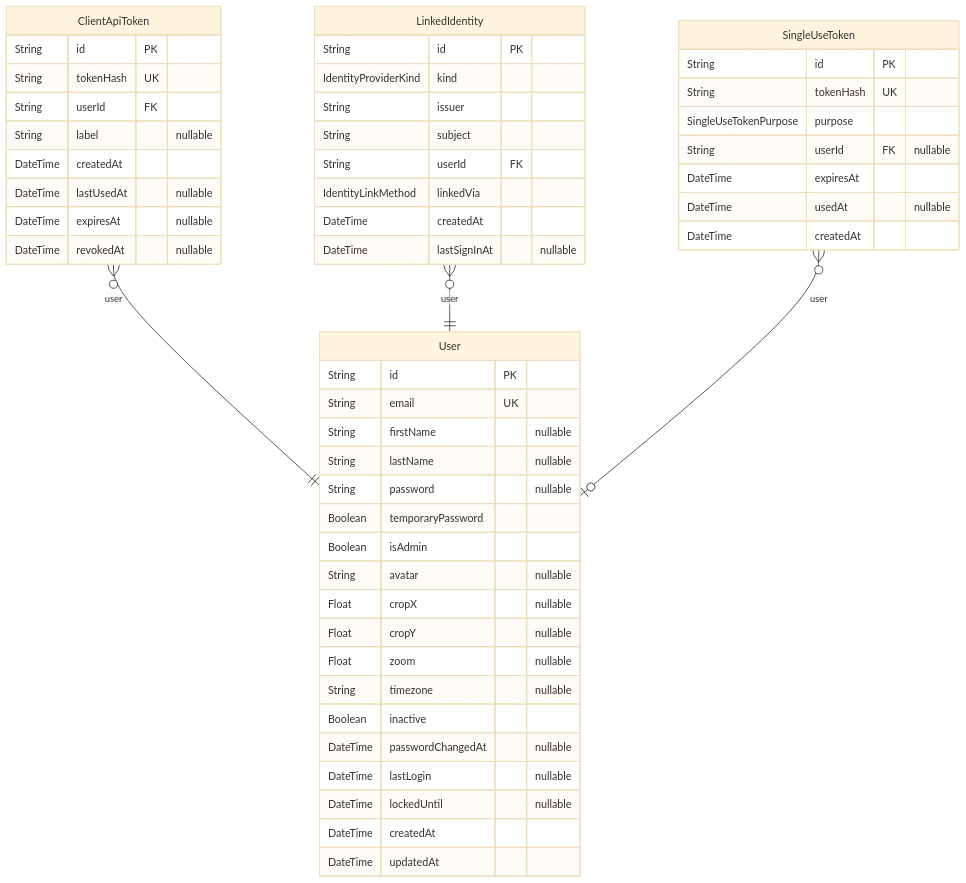
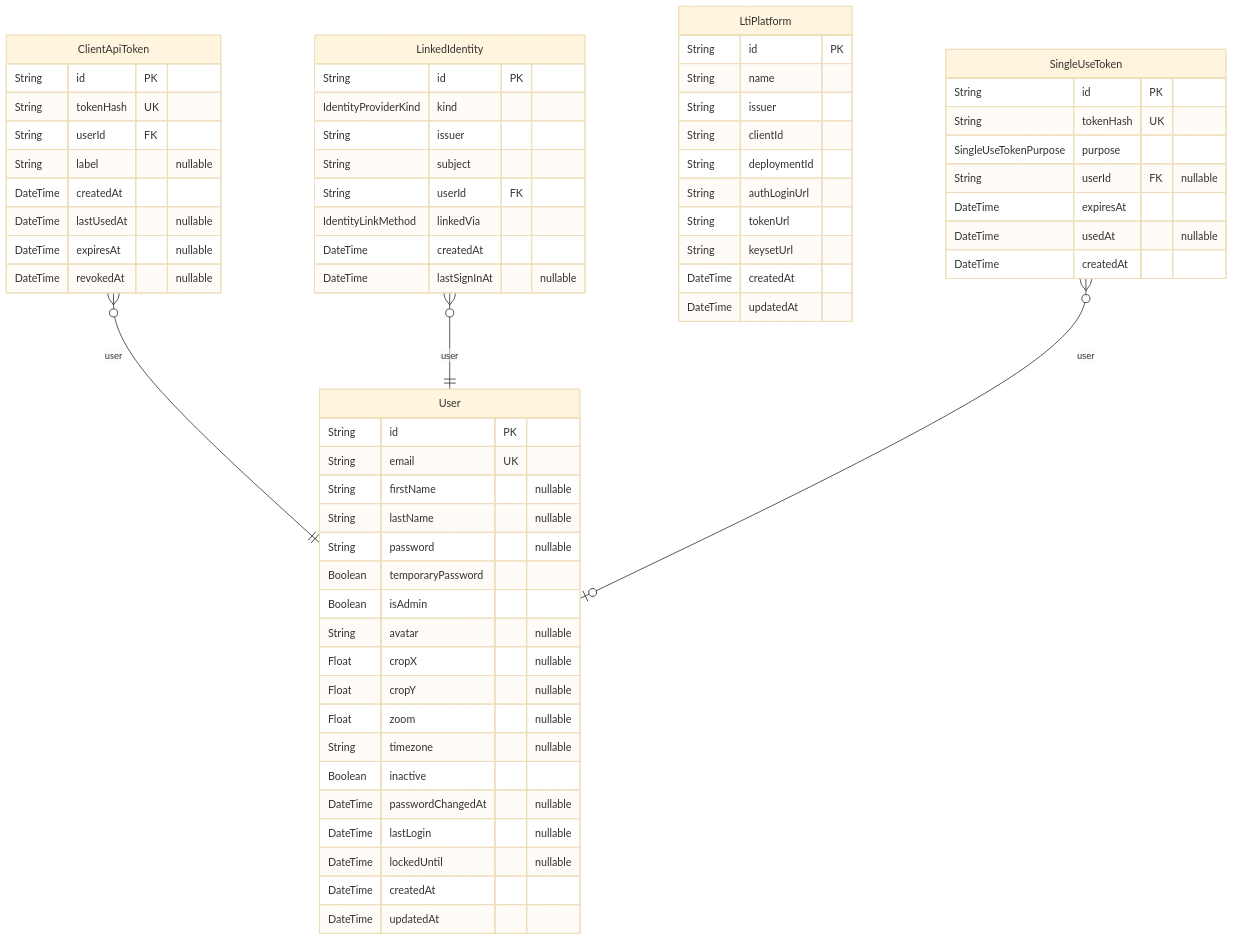
One commit to PennStateCS/AFCT changed the first of 5 diagrams in docs-site/docs/reference/database-schema.md. Above: the diagram before and after it, drawn with Mermaid (base theme). The commit also changed other lines of this file and 6 other files, not shown here.

First line of the commit message:
validate an LTI launch against the registered platform

````diff
--- a/docs-site/docs/reference/database-schema.md
+++ b/docs-site/docs/reference/database-schema.md
@@ -13,55 +13,67 @@
 ```mermaid
 erDiagram
 "User" {
   String id PK
   String email UK
   String firstName "nullable"
   String lastName "nullable"
   String password "nullable"
   Boolean temporaryPassword
   Boolean isAdmin
   String avatar "nullable"
   Float cropX "nullable"
   Float cropY "nullable"
   Float zoom "nullable"
   String timezone "nullable"
   Boolean inactive
   DateTime passwordChangedAt "nullable"
   DateTime lastLogin "nullable"
   DateTime lockedUntil "nullable"
   DateTime createdAt
   DateTime updatedAt
 }
 "ClientApiToken" {
   String id PK
   String tokenHash UK
   String userId FK
   String label "nullable"
   DateTime createdAt
   DateTime lastUsedAt "nullable"
   DateTime expiresAt "nullable"
   DateTime revokedAt "nullable"
 }
 "LinkedIdentity" {
   String id PK
   IdentityProviderKind kind
   String issuer
   String subject
   String userId FK
   IdentityLinkMethod linkedVia
   DateTime createdAt
   DateTime lastSignInAt "nullable"
 }
+"LtiPlatform" {
+  String id PK
+  String name
+  String issuer
+  String clientId
+  String deploymentId
+  String authLoginUrl
+  String tokenUrl
+  String keysetUrl
+  DateTime createdAt
+  DateTime updatedAt
+}
 "SingleUseToken" {
   String id PK
   String tokenHash UK
   SingleUseTokenPurpose purpose
   String userId FK "nullable"
   DateTime expiresAt
   DateTime usedAt "nullable"
   DateTime createdAt
 }
 "ClientApiToken" }o--|| "User" : user
 "LinkedIdentity" }o--|| "User" : user
 "SingleUseToken" }o--o| "User" : user
 ```
````
